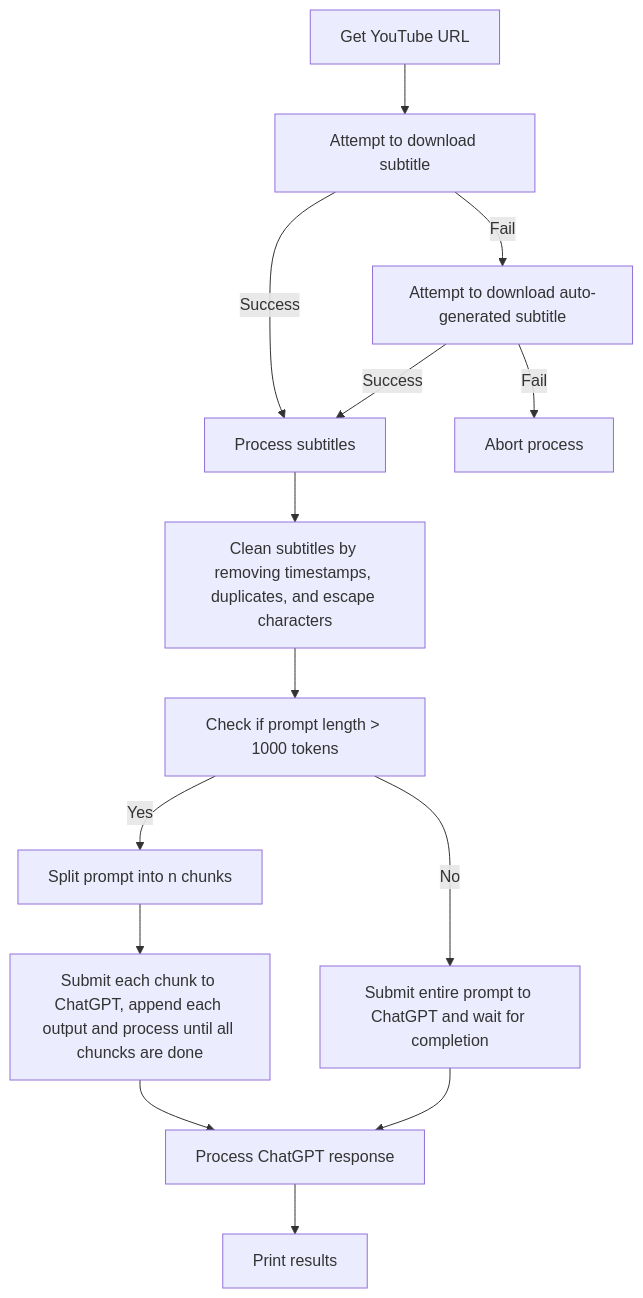
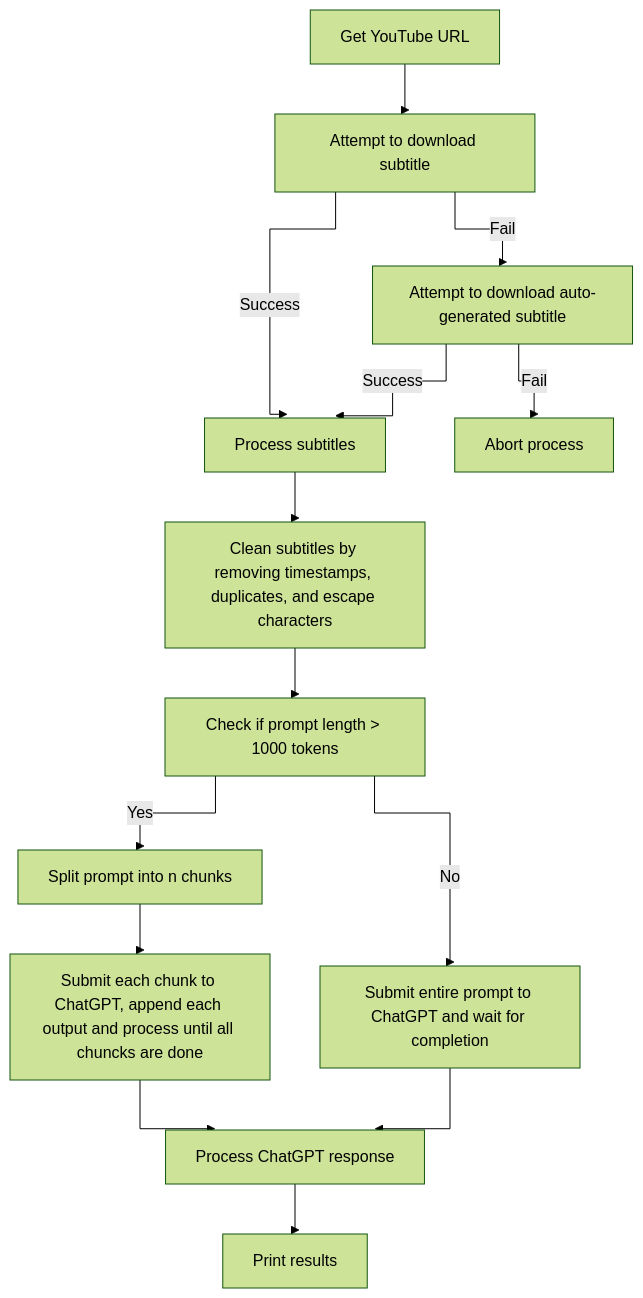
Before and after one commit to fmeyer/tldw: the diagram in README.md, drawn with Mermaid.

Commit message:
Update mermaid theme README.md

````diff
--- a/README.md
+++ b/README.md
@@ -34,16 +34,17 @@
 ```mermaid
+%%{ init : { "theme" : "forest", "flowchart" : { "curve" : "stepBefore" }}}%%
 graph TD
     A[Get YouTube URL] --> B[Attempt to download subtitle]
     B -->|Fail| C[Attempt to download auto-generated subtitle]
     B -->|Success| D[Process subtitles]
     C -->|Fail| E[Abort process]
     C -->|Success| D[Process subtitles]
     D --> F[Clean subtitles by removing timestamps, duplicates, and escape characters]
     F --> G[Check if prompt length > 1000 tokens]
     G -->|Yes| H[Split prompt into n chunks]
     H --> I[Submit each chunk to ChatGPT, append each output and process until all chuncks are done]
     G -->|No| J[Submit entire prompt to ChatGPT and wait for completion]
     I --> K[Combine and process ChatGPT responses]
     J --> K[Process ChatGPT response]
     K --> L[Print results]
 ```
````
